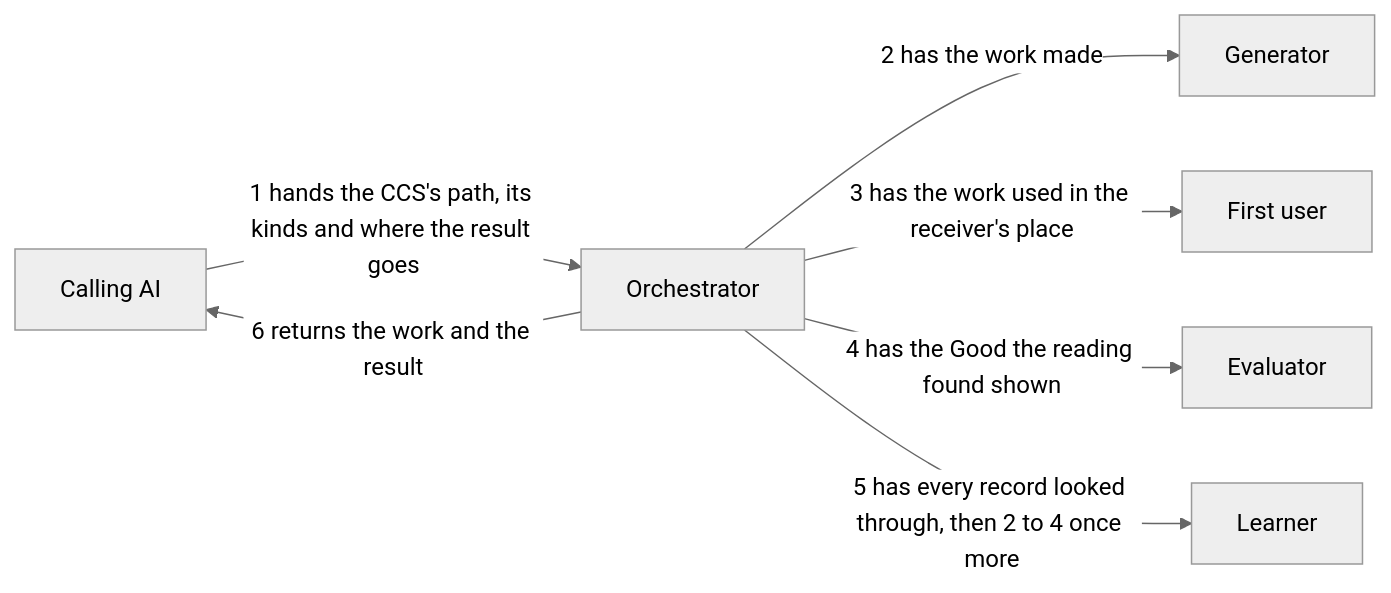
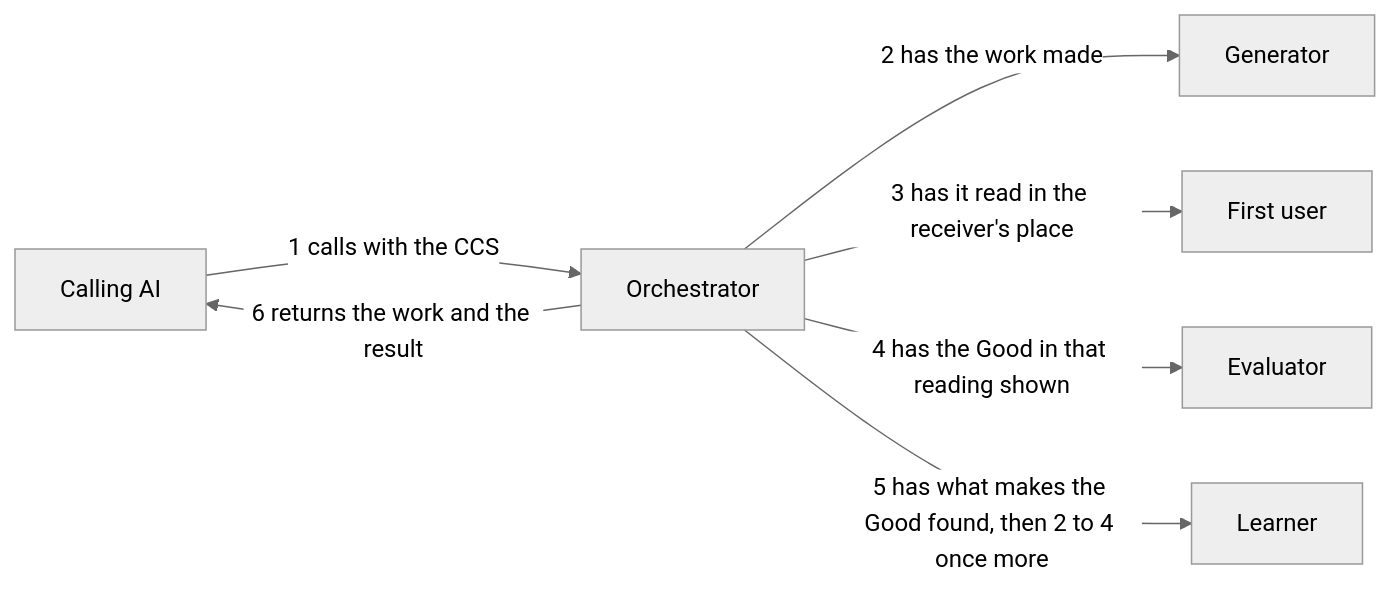
Before and after one commit to lovaizu/ccpm: the diagram in dev/turn/design.md, drawn with Mermaid (neutral theme). The commit also changed other lines of this file and 6 other files, not shown here.

````diff
--- a/dev/turn/design.md
+++ b/dev/turn/design.md
@@ -20,15 +19,15 @@
 ```mermaid
 flowchart LR
   caller["Calling AI"]
   orch["Orchestrator"]
   gen["Generator"]
   fu["First user"]
   ev["Evaluator"]
   le["Learner"]
-  caller -->|1 hands the CCS's path, its kinds and where the result goes| orch
+  caller -->|1 calls with the CCS| orch
   orch -->|2 has the work made| gen
-  orch -->|3 has the work used in the receiver's place| fu
-  orch -->|4 has the Good the reading found shown| ev
-  orch -->|5 has every record looked through, then 2 to 4 once more| le
+  orch -->|3 has it read in the receiver's place| fu
+  orch -->|4 has the Good in that reading shown| ev
+  orch -->|5 has what makes the Good found, then 2 to 4 once more| le
   orch -->|6 returns the work and the result| caller
 ```
````
